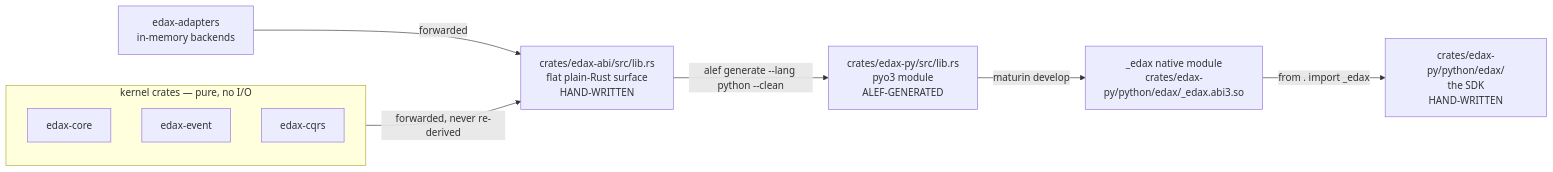
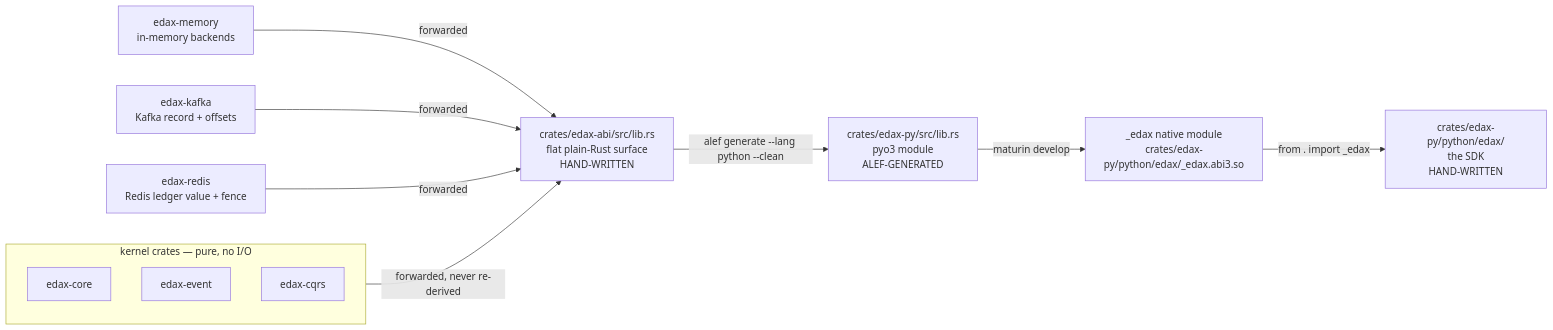
One commit to haskian/edax changed the third of 3 diagrams in docs/guides/getting-started.md. Above: the diagram before and after it, drawn with Mermaid. The commit also changed other lines of this file and 81 other files, not shown here.

First line of the commit message:
Per-tech kernel crates: edax-memory, edax-kafka, edax-redis with IO shells (#9)

````diff
--- a/docs/guides/getting-started.md
+++ b/docs/guides/getting-started.md
@@ -285,20 +286,24 @@
 ```mermaid
 flowchart LR
     subgraph kernels["kernel crates — pure, no I/O"]
         direction TB
         K1["edax-core"]
         K2["edax-event"]
         K3["edax-cqrs"]
     end
-    ADP["edax-adapters<br/>in-memory backends"]
+    MEM["edax-memory<br/>in-memory backends"]
+    KAF["edax-kafka<br/>Kafka record + offsets"]
+    RED["edax-redis<br/>Redis ledger value + fence"]
     ABI["crates/edax-abi/src/lib.rs<br/>flat plain-Rust surface<br/>HAND-WRITTEN"]
     GEN["crates/edax-py/src/lib.rs<br/>pyo3 module<br/>ALEF-GENERATED"]
     SO["_edax native module<br/>crates/edax-py/python/edax/_edax.abi3.so"]
     PKG["crates/edax-py/python/edax/<br/>the SDK<br/>HAND-WRITTEN"]
 
     kernels -->|"forwarded, never re-derived"| ABI
-    ADP -->|"forwarded"| ABI
+    MEM -->|"forwarded"| ABI
+    KAF -->|"forwarded"| ABI
+    RED -->|"forwarded"| ABI
     ABI -->|"alef generate --lang python --clean"| GEN
     GEN -->|"maturin develop"| SO
     SO -->|"from . import _edax"| PKG
 ```
````
